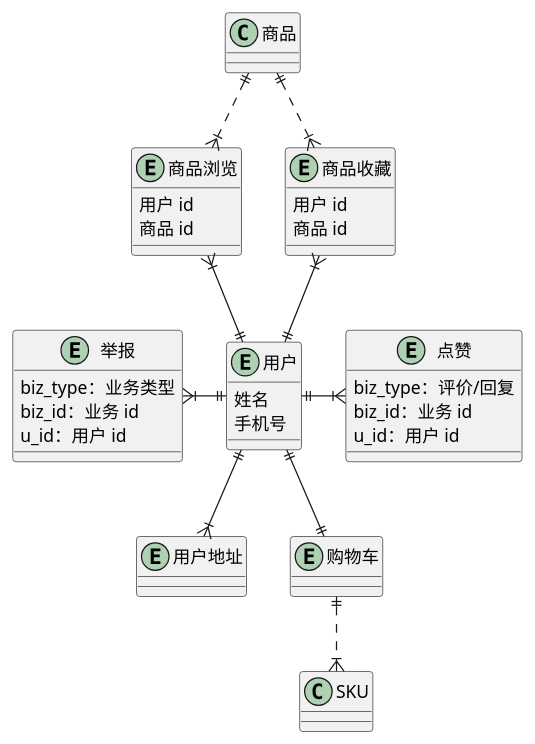
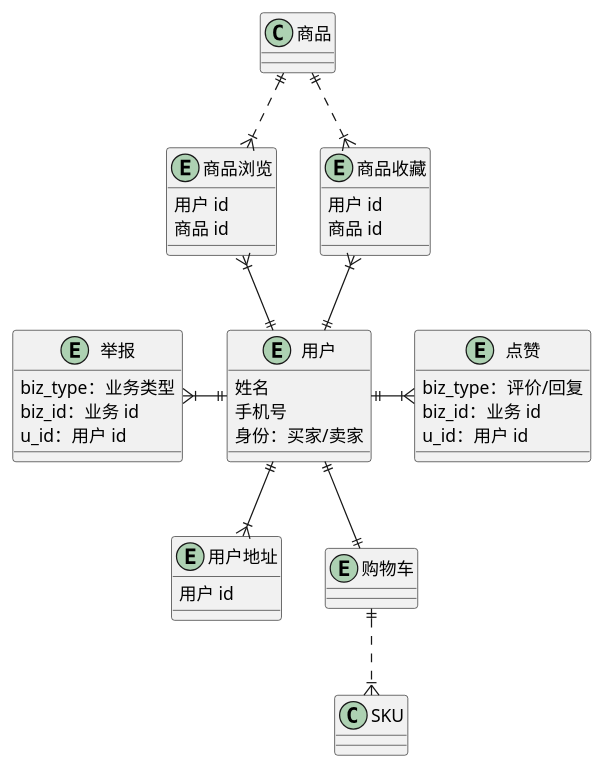
One commit to awesomecat2020/mock-mall changed the diagram in 用户.wsd. Above: the diagram before and after it, drawn with PlantUML. The commit also changed 2 other files, not shown here.

Commit message:
UML-订单

```diff
--- a/用户.wsd
+++ b/用户.wsd
@@ -1,45 +1,46 @@
 @startuml 用户UML
 
 entity 用户 {
     姓名
     手机号
+    身份：买家/卖家
 }
 entity 商品浏览 {
     ' 保存一个月（另定）
     用户 id
     商品 id
 }
 entity 商品收藏 {
     用户 id
     商品 id
 }
 entity 点赞 {
     biz_type：评价/回复
     biz_id：业务 id
     u_id：用户 id
 }
 entity 举报 {
     biz_type：业务类型
     biz_id：业务 id
     u_id：用户 id
 }
 entity 用户地址 {
-
+    用户 id
 }
 entity 购物车 {
 
 }
 
 商品 ||..|{ 商品浏览
 商品浏览 }|--|| 用户
 商品 ||..|{ 商品收藏
 商品收藏 }|--|| 用户
 
 点赞 }|-l-|| 用户
 举报 }|-|| 用户
 
 用户 ||--|{ 用户地址
 用户 ||--|| 购物车
 购物车 ||..|{ SKU
 
 @enduml
```
